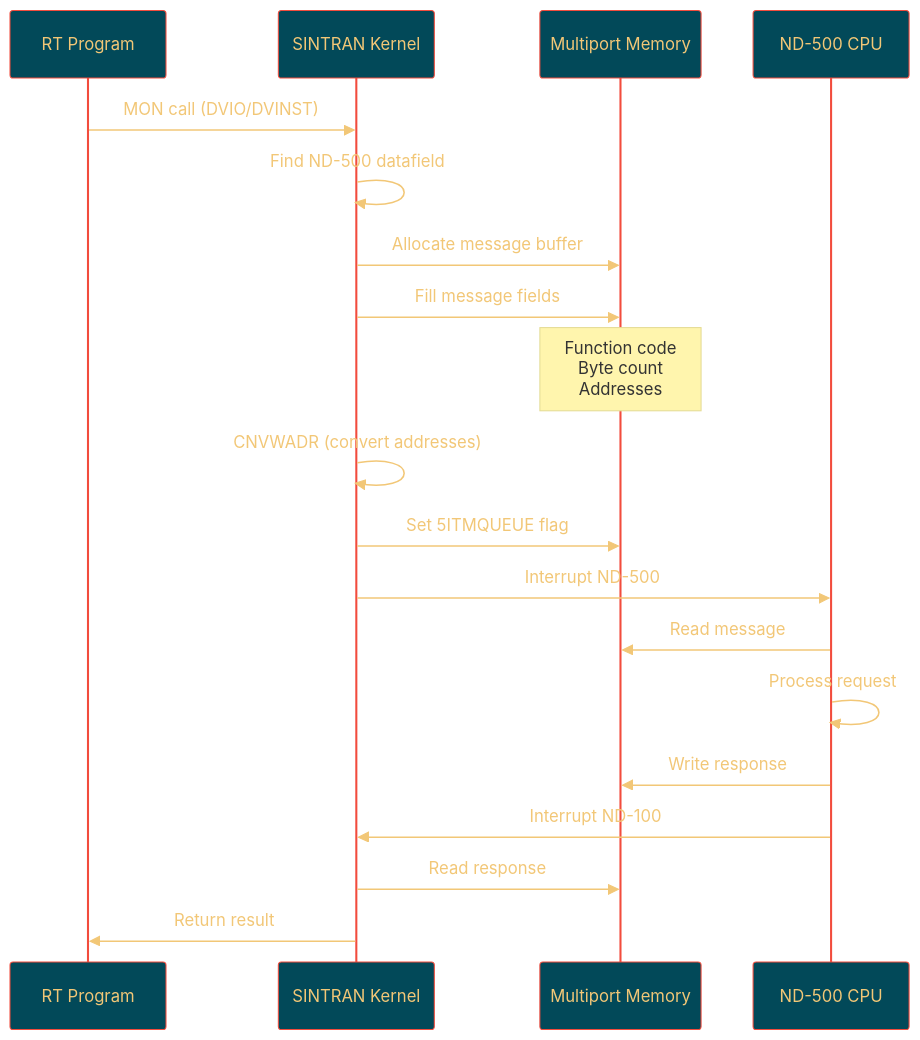
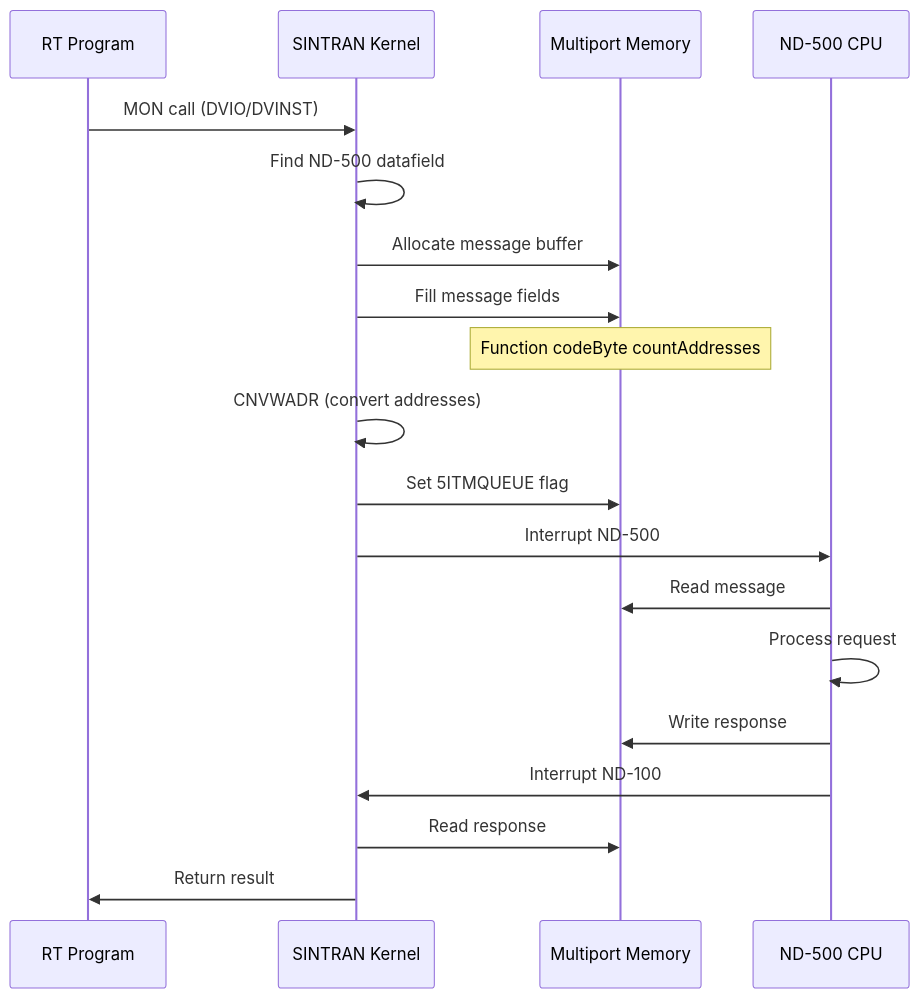
One commit to HackerCorpLabs/NDInsight changed the third of 7 diagrams in SINTRAN/OS/05-ND500-DMA-KERNEL.md. Above: the diagram before and after it, drawn with Mermaid. The commit also changed other lines of this file and 19 other files, not shown here.

Commit message:
Updated Mermaid diagrams

````diff
--- a/SINTRAN/OS/05-ND500-DMA-KERNEL.md
+++ b/SINTRAN/OS/05-ND500-DMA-KERNEL.md
@@ -364,23 +362,22 @@
 ```mermaid
-%%{init: {'theme':'base', 'themeVariables': {'primaryColor':'#024959','primaryTextColor':'#F2C777','primaryBorderColor':'#F24C3D','lineColor':'#F24C3D','secondaryColor':'#A62F03','tertiaryColor':'#F2E8C6'}}}%%
 sequenceDiagram
     participant RT as RT Program
     participant Kernel as SINTRAN Kernel
     participant MPM as Multiport Memory
     participant ND500 as ND-500 CPU
     
     RT->>Kernel: MON call (DVIO/DVINST)
     Kernel->>Kernel: Find ND-500 datafield
     Kernel->>MPM: Allocate message buffer
     Kernel->>MPM: Fill message fields
-    Note over MPM: Function code<br/>Byte count<br/>Addresses
+    Note over MPM: Function codeByte countAddresses
     Kernel->>Kernel: CNVWADR (convert addresses)
     Kernel->>MPM: Set 5ITMQUEUE flag
     Kernel->>ND500: Interrupt ND-500
     ND500->>MPM: Read message
     ND500->>ND500: Process request
     ND500->>MPM: Write response
     ND500->>Kernel: Interrupt ND-100
     Kernel->>MPM: Read response
     Kernel->>RT: Return result
 ```
````
